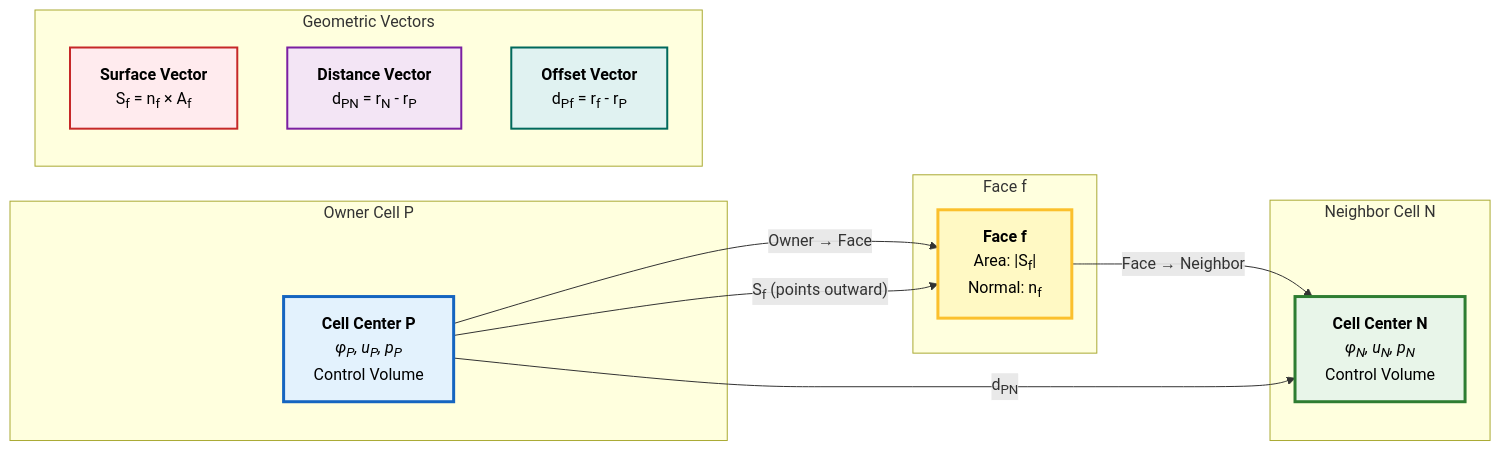
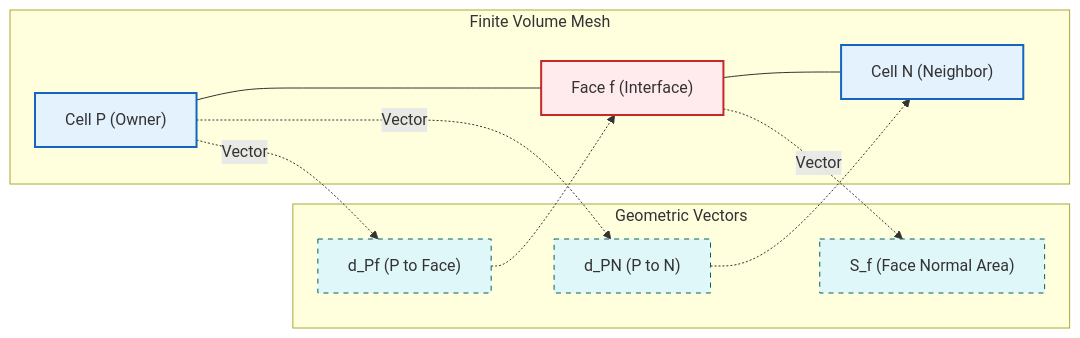
One commit to wramet/build-my-cfd changed the second of 2 diagrams in MODULE_01_CFD_FUNDAMENTALS/CONTENT/02_FINITE_VOLUME_METHOD/03_Spatial_Discretization.md. Above: the diagram before and after it, drawn with Mermaid. The commit also changed other lines of this file and 313 other files, not shown here.

Commit message:
Revise all diagram

````diff
--- a/MODULE_01_CFD_FUNDAMENTALS/CONTENT/02_FINITE_VOLUME_METHOD/03_Spatial_Discretization.md
+++ b/MODULE_01_CFD_FUNDAMENTALS/CONTENT/02_FINITE_VOLUME_METHOD/03_Spatial_Discretization.md
@@ -79,32 +52,27 @@
 ```mermaid
 graph LR
-    subgraph "Owner Cell P"
-        P["<b>Cell Center P</b><br/><i>φ<sub>P</sub>, u<sub>P</sub>, p<sub>P</sub></i><br/>Control Volume"]
-    end
+%% Spatial Layout: P -> f -> N with vectors annotated
+subgraph Mesh["Finite Volume Mesh"]
+    P["Cell P (Owner)"]:::implicit
+    f["Face f (Interface)"]:::explicit
+    N["Cell N (Neighbor)"]:::implicit
+end
+subgraph Vectors["Geometric Vectors"]
+    dPN["d_PN (P to N)"]:::context
+    Sf["S_f (Face Normal Area)"]:::context
+    dPf["d_Pf (P to Face)"]:::context
+end
 
-    subgraph "Face f"
-        f["<b>Face f</b><br/>Area: |S<sub>f</sub>|<br/>Normal: n<sub>f</sub>"]
-    end
+%% Connections
+P --- f --- N
 
-    subgraph "Neighbor Cell N"
-        N["<b>Cell Center N</b><br/><i>φ<sub>N</sub>, u<sub>N</sub>, p<sub>N</sub></i><br/>Control Volume"]
-    end
+%% Vector overlays (Semantic Coloring)
+P -.->|Vector| dPN -.-> N
+P -.->|Vector| dPf -.-> f
+f -.->|Vector| Sf
 
-    subgraph "Geometric Vectors"
-        Sf["<b>Surface Vector</b><br/>S<sub>f</sub> = n<sub>f</sub> × A<sub>f</sub>"]
-        dPN["<b>Distance Vector</b><br/>d<sub>PN</sub> = r<sub>N</sub> - r<sub>P</sub>"]
-        dPf["<b>Offset Vector</b><br/>d<sub>Pf</sub> = r<sub>f</sub> - r<sub>P</sub>"]
-    end
-
-    P -- "Owner → Face" --> f
-    f -- "Face → Neighbor" --> N
-    P -- "d<sub>PN</sub>" --> N
-    P -- "S<sub>f</sub> (points outward)" --> f
-
-    style P fill:#e3f2fd,stroke:#1565c0,stroke-width:3px,color:#000;
-    style N fill:#e8f5e9,stroke:#2e7d32,stroke-width:3px,color:#000;
-    style f fill:#fff9c4,stroke:#fbc02d,stroke-width:3px,color:#000;
-    style Sf fill:#ffebee,stroke:#c62828,stroke-width:2px,color:#000;
-    style dPN fill:#f3e5f5,stroke:#7b1fa2,stroke-width:2px,color:#000;
-    style dPf fill:#e0f2f1,stroke:#00695c,stroke-width:2px,color:#000;
+%% Classes
+classDef implicit fill:#e3f2fd,stroke:#1565c0,stroke-width:2px
+classDef explicit fill:#ffebee,stroke:#c62828,stroke-width:2px
+classDef context fill:#e0f7fa,stroke:#006064,stroke-width:1px,stroke-dasharray: 5 5
 ```
````
